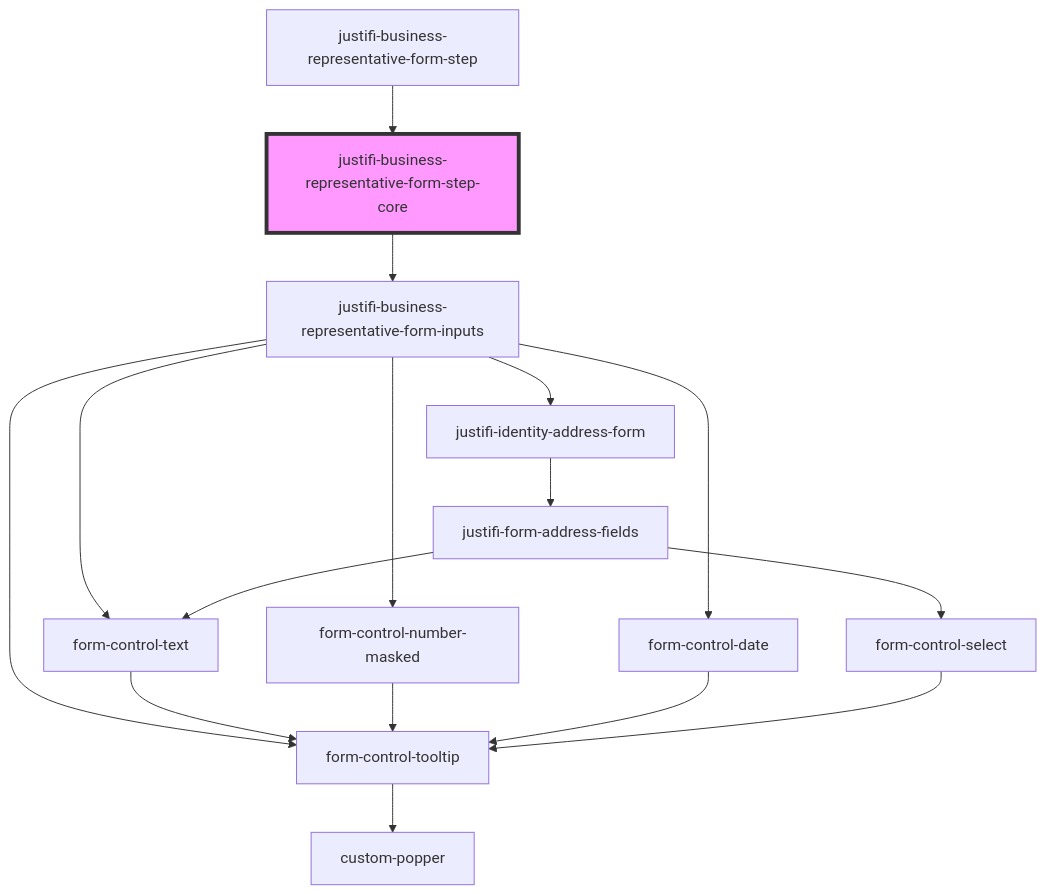
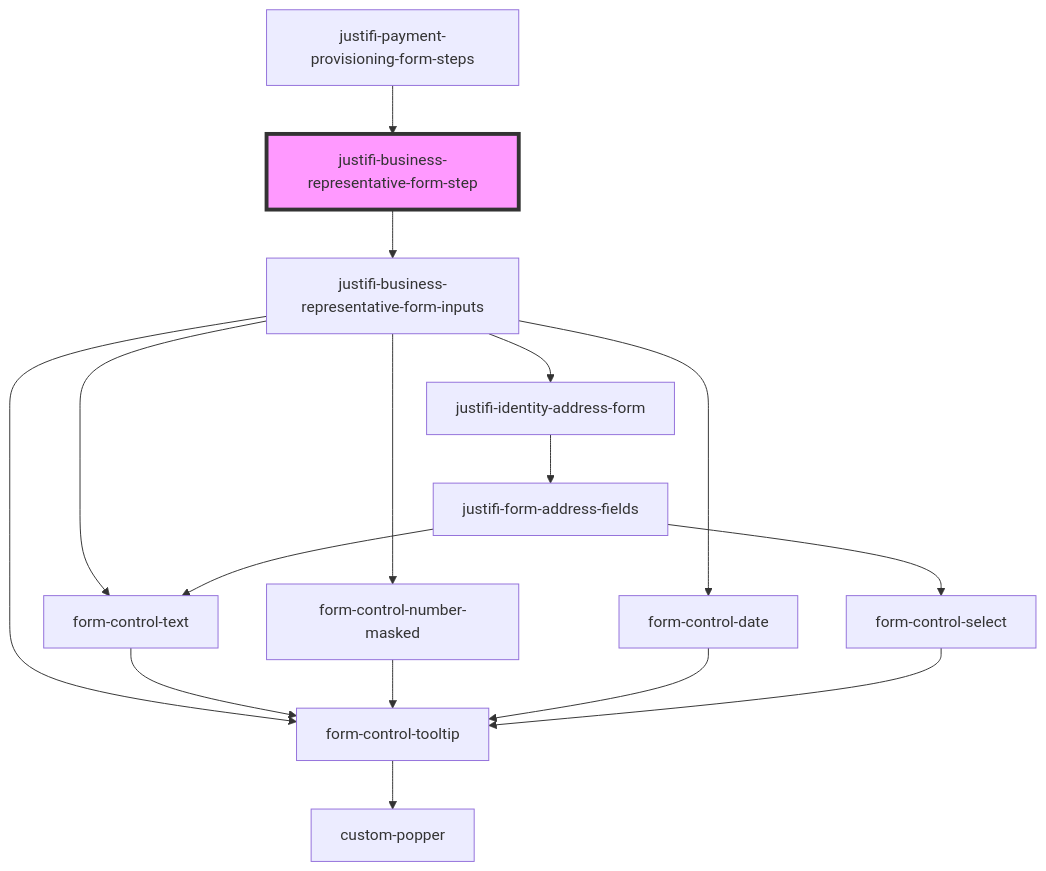
Before and after one commit to justifi-tech/web-component-library: the diagram in packages/webcomponents/src/components/business-forms/payment-provisioning/business-representative/README.md, drawn with Mermaid. The commit also changed other lines of this file and 26 other files, not shown here.

````diff
--- a/packages/webcomponents/src/components/business-forms/payment-provisioning/business-representative/README.md
+++ b/packages/webcomponents/src/components/business-forms/payment-provisioning/business-representative/README.md
@@ -57,19 +57,19 @@
 ```mermaid
 graph TD;
-  justifi-business-representative-form-step-core --> justifi-business-representative-form-inputs
+  justifi-business-representative-form-step --> justifi-business-representative-form-inputs
   justifi-business-representative-form-inputs --> form-control-tooltip
   justifi-business-representative-form-inputs --> form-control-text
   justifi-business-representative-form-inputs --> form-control-number-masked
   justifi-business-representative-form-inputs --> form-control-date
   justifi-business-representative-form-inputs --> justifi-identity-address-form
   form-control-tooltip --> custom-popper
   form-control-text --> form-control-tooltip
   form-control-number-masked --> form-control-tooltip
   form-control-date --> form-control-tooltip
   justifi-identity-address-form --> justifi-form-address-fields
   justifi-form-address-fields --> form-control-text
   justifi-form-address-fields --> form-control-select
   form-control-select --> form-control-tooltip
-  justifi-business-representative-form-step --> justifi-business-representative-form-step-core
-  style justifi-business-representative-form-step-core fill:#f9f,stroke:#333,stroke-width:4px
+  justifi-payment-provisioning-form-steps --> justifi-business-representative-form-step
+  style justifi-business-representative-form-step fill:#f9f,stroke:#333,stroke-width:4px
 ```
````
